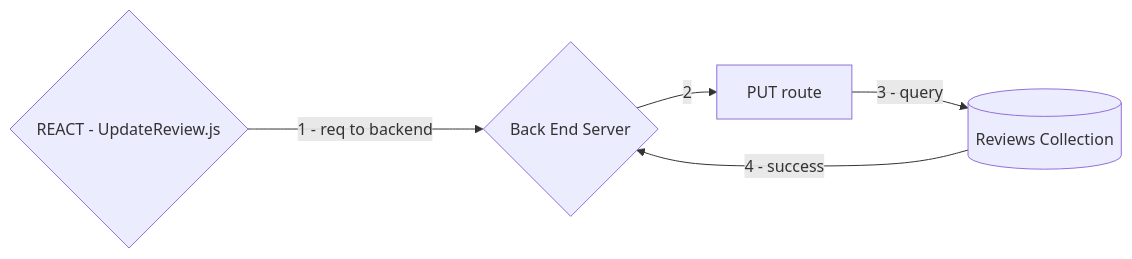
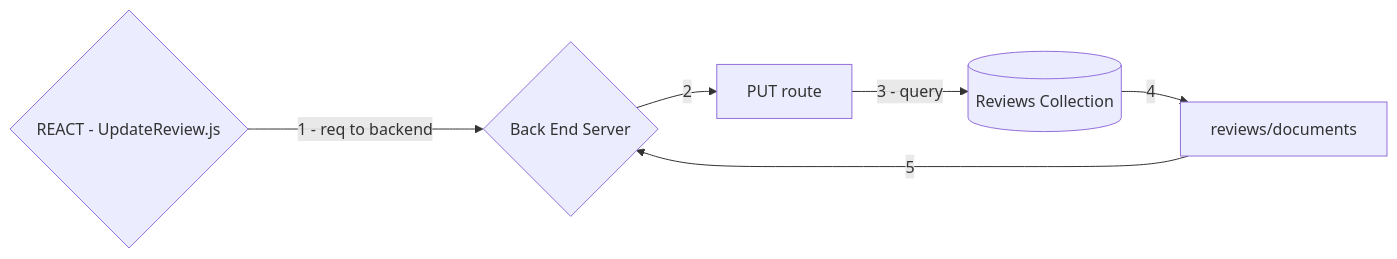
One commit to ana1231/SuiteReview_FE changed the fourth of 5 diagrams in front-end/README.md. Above: the diagram before and after it, drawn with Mermaid. The commit also changed other lines of this file and 1 other file, not shown here.

````diff
--- a/front-end/README.md
+++ b/front-end/README.md
@@ -271,13 +289,15 @@
 ```mermaid
 graph LR;
 
     
     A{REACT - UpdateReview.js}--->| 1 - req to backend| B{Back End Server}
     B-->|2| C[PUT route] 
     C-->|3 - query|id1[(Reviews Collection)]
-    id1[(Reviews Collection)] -->|4 - success|B
+        id1[(Reviews Collection)]-->|4| D[reviews/documents]
+    D -->|5|B
+
     
 
 
 
 ```
````
